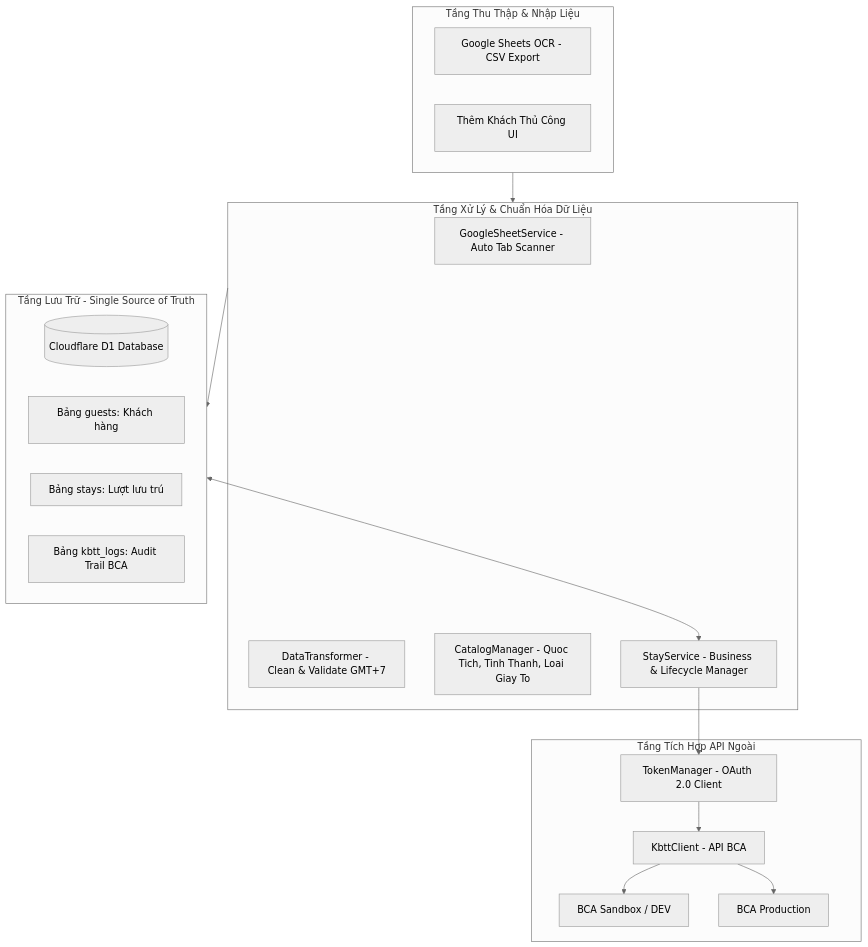
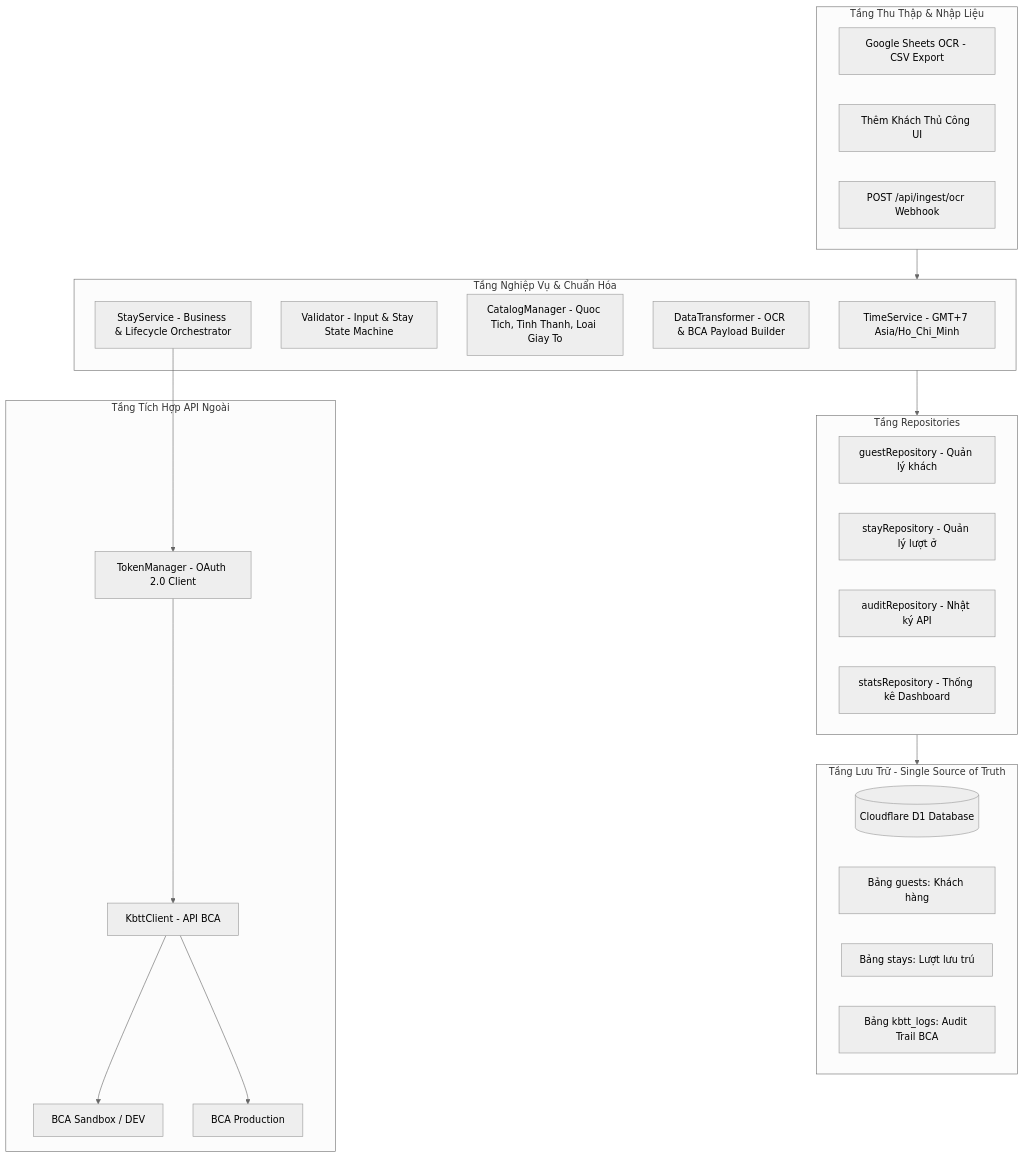
Before and after one commit to akhademik/dang-ky-luu-tru: the first of 2 diagrams in ARCHITECTURE.md, drawn with Mermaid (neutral theme). The commit also changed other lines of this file and 7 other files, not shown here.

````diff
--- a/ARCHITECTURE.md
+++ b/ARCHITECTURE.md
@@ -11,35 +11,44 @@
 ```mermaid
 flowchart TD
     subgraph Input_Layer [Tầng Thu Thập & Nhập Liệu]
         GS[Google Sheets OCR - CSV Export]
         UI_ADD[Thêm Khách Thủ Công UI]
+        API_INGEST[POST /api/ingest/ocr Webhook]
     end
 
-    subgraph Service_Layer [Tầng Xử Lý & Chuẩn Hóa Dữ Liệu]
-        GSS[GoogleSheetService - Auto Tab Scanner]
-        DT[DataTransformer - Clean & Validate GMT+7]
+    subgraph Service_Layer [Tầng Nghiệp Vụ & Chuẩn Hóa]
+        TIME[TimeService - GMT+7 Asia/Ho_Chi_Minh]
+        VAL[Validator - Input & Stay State Machine]
         CM[CatalogManager - Quoc Tich, Tinh Thanh, Loai Giay To]
-        SS[StayService - Business & Lifecycle Manager]
+        DT[DataTransformer - OCR & BCA Payload Builder]
+        SS[StayService - Business & Lifecycle Orchestrator]
+    end
+
+    subgraph Repository_Layer [Tầng Repositories]
+        GR[guestRepository - Quản lý khách]
+        SR[stayRepository - Quản lý lượt ở]
+        AR[auditRepository - Nhật ký API]
+        ST[statsRepository - Thống kê Dashboard]
     end
 
     subgraph Storage_Layer [Tầng Lưu Trữ - Single Source of Truth]
         D1[(Cloudflare D1 Database)]
         T_GUESTS[Bảng guests: Khách hàng]
         T_STAYS[Bảng stays: Lượt lưu trú]
         T_LOGS[Bảng kbtt_logs: Audit Trail BCA]
     end
 
     subgraph External_API [Tầng Tích Hợp API Ngoài]
         TM[TokenManager - OAuth 2.0 Client]
         KBTT[KbttClient - API BCA]
         BCA_DEV[BCA Sandbox / DEV]
         BCA_PROD[BCA Production]
     end
 
     Input_Layer --> Service_Layer
-    Service_Layer --> Storage_Layer
-    Storage_Layer <--> SS
+    Service_Layer --> Repository_Layer
+    Repository_Layer --> Storage_Layer
     SS --> TM --> KBTT
     KBTT --> BCA_DEV
     KBTT --> BCA_PROD
 ```
````
